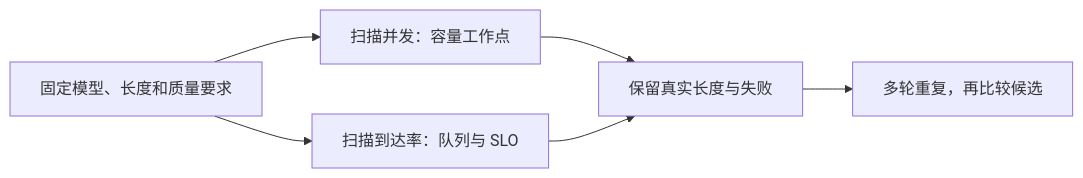
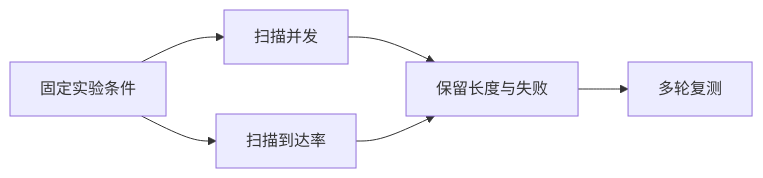
Before and after one commit to vinsonnnnn/AIInfraGuide: the diagram in docs/guides/模块四-推理优化/第8章-性能分析与Benchmark/8.2-压测工具与可复现实验.md, drawn with Mermaid. The commit also changed other lines of this file and 19 other files, not shown here.

````diff
--- a/docs/guides/模块四-推理优化/第8章-性能分析与Benchmark/8.2-压测工具与可复现实验.md
+++ b/docs/guides/模块四-推理优化/第8章-性能分析与Benchmark/8.2-压测工具与可复现实验.md
@@ -167,8 +169,8 @@
 ```mermaid
 graph LR
-    A["固定模型、长度和质量要求"] --> B["扫描并发：容量工作点"]
-    A --> C["扫描到达率：队列与 SLO"]
-    B --> D["保留真实长度与失败"]
+    A["固定实验条件"] --> B["扫描并发"]
+    A --> C["扫描到达率"]
+    B --> D["保留长度与失败"]
     C --> D
-    D --> E["多轮重复，再比较候选"]
+    D --> E["多轮复测"]
 ```
````
